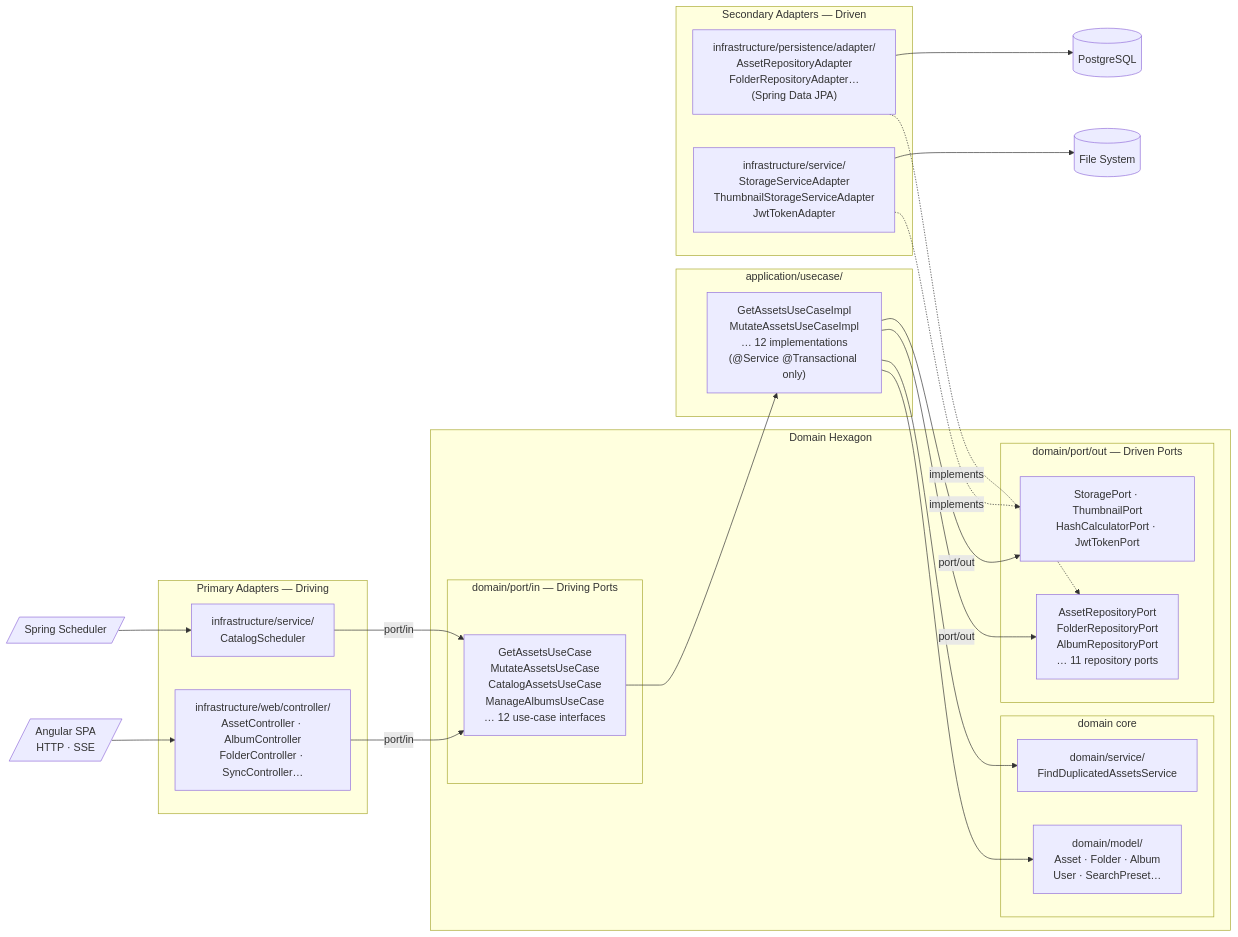
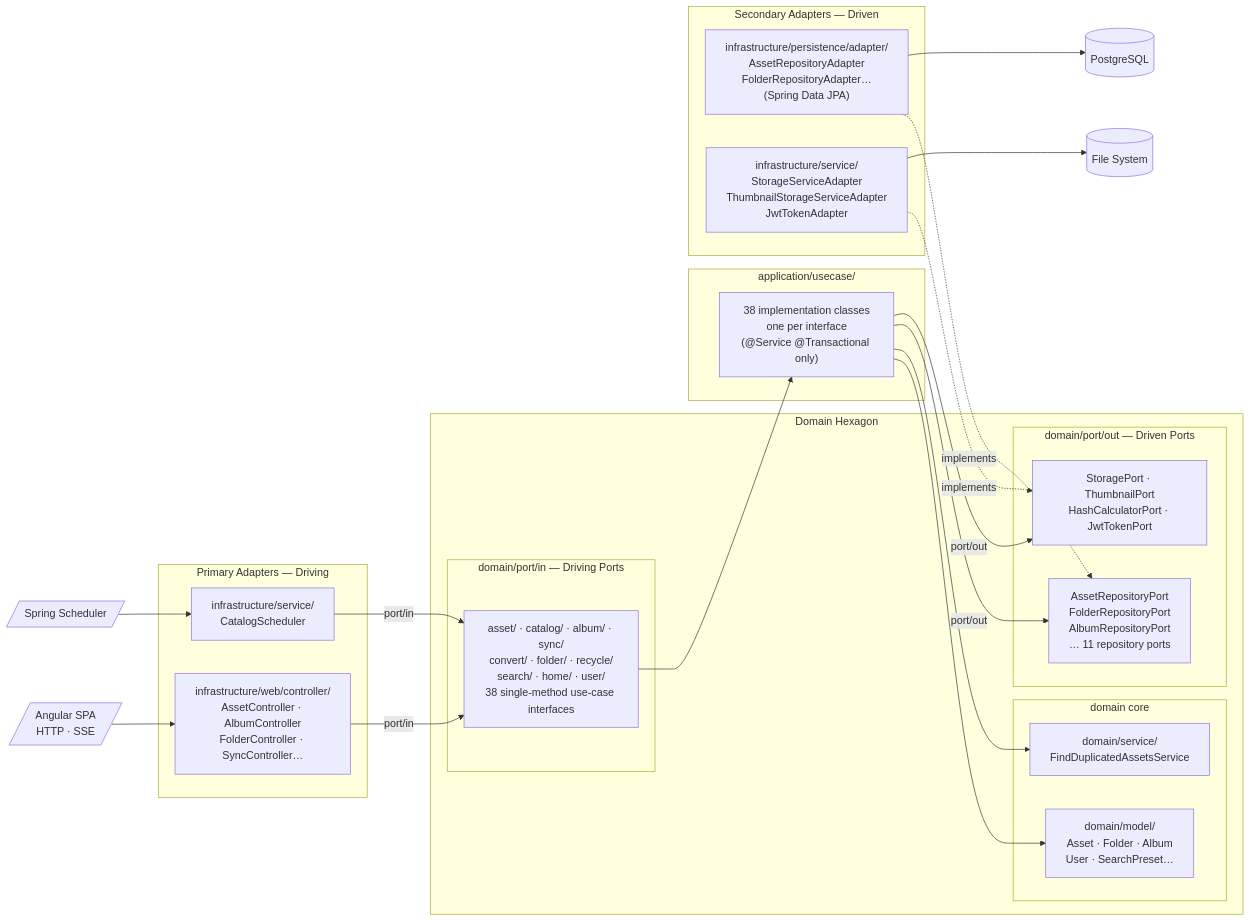
Before and after one commit to jpablodrexler/jp-photo-manager: the diagram in openspec/changes/hexagonal-architecture/specs/hexagonal-architecture/spec.md, drawn with Mermaid. The commit also changed other lines of this file and 4 other files, not shown here.

First line of the commit message:
Refine use-case design: one method per interface, one class per interface

````diff
--- a/openspec/changes/hexagonal-architecture/specs/hexagonal-architecture/spec.md
+++ b/openspec/changes/hexagonal-architecture/specs/hexagonal-architecture/spec.md
@@ -195,44 +253,44 @@
 ```mermaid
 graph LR
     subgraph Primary["Primary Adapters — Driving"]
         WEB["infrastructure/web/controller/\nAssetController · AlbumController\nFolderController · SyncController…"]
         SCHED["infrastructure/service/\nCatalogScheduler"]
     end
 
     subgraph Hexagon["Domain Hexagon"]
         subgraph PortIn["domain/port/in — Driving Ports"]
-            UC["GetAssetsUseCase\nMutateAssetsUseCase\nCatalogAssetsUseCase\nManageAlbumsUseCase\n… 12 use-case interfaces"]
+            UC["asset/ · catalog/ · album/ · sync/\nconvert/ · folder/ · recycle/\nsearch/ · home/ · user/\n38 single-method use-case interfaces"]
         end
         subgraph DomainCore["domain core"]
             MODEL["domain/model/\nAsset · Folder · Album\nUser · SearchPreset…"]
             DSVC["domain/service/\nFindDuplicatedAssetsService"]
         end
         subgraph PortOut["domain/port/out — Driven Ports"]
             REPO_P["AssetRepositoryPort\nFolderRepositoryPort\nAlbumRepositoryPort\n… 11 repository ports"]
             SVC_P["StoragePort · ThumbnailPort\nHashCalculatorPort · JwtTokenPort"]
         end
     end
 
     subgraph AppLayer["application/usecase/"]
-        IMPL["GetAssetsUseCaseImpl\nMutateAssetsUseCaseImpl\n… 12 implementations\n(@Service @Transactional only)"]
+        IMPL["38 implementation classes\none per interface\n(@Service @Transactional only)"]
     end
 
     subgraph Secondary["Secondary Adapters — Driven"]
         JPA["infrastructure/persistence/adapter/\nAssetRepositoryAdapter\nFolderRepositoryAdapter…\n(Spring Data JPA)"]
         SRVC["infrastructure/service/\nStorageServiceAdapter\nThumbnailStorageServiceAdapter\nJwtTokenAdapter"]
     end
 
     HTTP[/"Angular SPA\nHTTP · SSE"/] --> WEB
     TIMER[/"Spring Scheduler"/] --> SCHED
     WEB -->|"port/in"| UC
     SCHED -->|"port/in"| UC
     UC --> IMPL
     IMPL --> MODEL
     IMPL --> DSVC
     IMPL -->|"port/out"| REPO_P
     IMPL -->|"port/out"| SVC_P
     JPA -.->|"implements"| REPO_P
     SRVC -.->|"implements"| SVC_P
     JPA --> PG[("PostgreSQL")]
     SRVC --> FS[("File System")]
 ```
````
